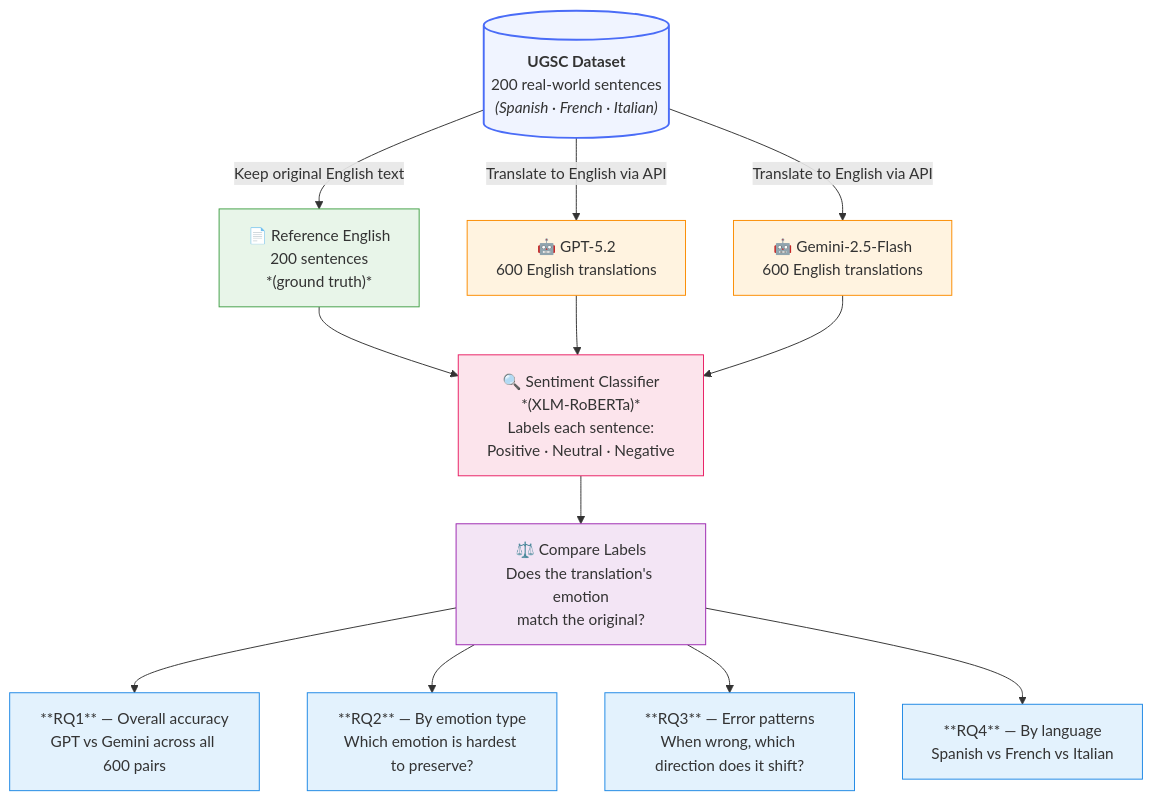
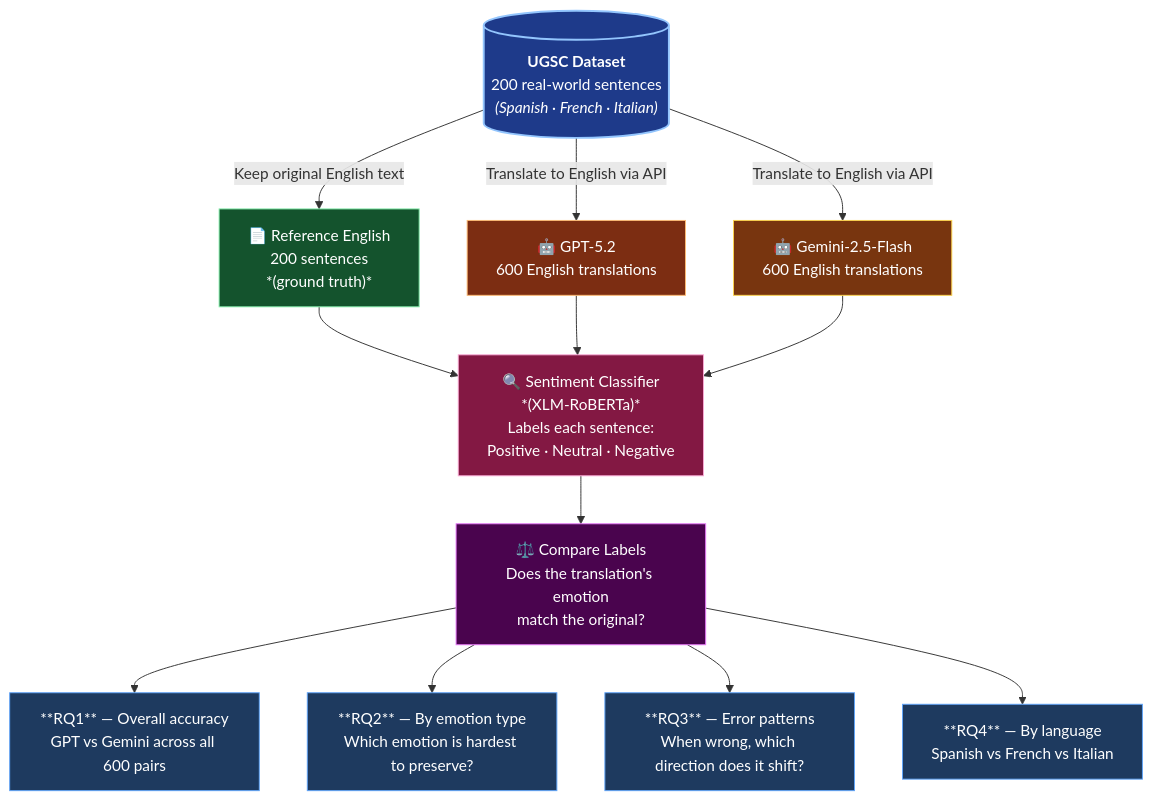
The diagram in README.md (dApY3112/Sentiment-Comparison), drawn with Mermaid before and after one commit.

Commit message:
Adjust README.md

````diff
--- a/README.md
+++ b/README.md
@@ -25,34 +25,34 @@
 ```mermaid
 flowchart TD
     DS[("`**UGSC Dataset**
     200 real-world sentences
     *(Spanish · French · Italian)*`")]
 
     DS -->|"Keep original English text"| REF["📄 Reference English<br/>200 sentences<br/>*(ground truth)*"]
 
     DS -->|"Translate to English via API"| GPT["🤖 GPT-5.2<br/>600 English translations"]
 
     DS -->|"Translate to English via API"| GEM["🤖 Gemini-2.5-Flash<br/>600 English translations"]
 
     REF --> CLF["🔍 Sentiment Classifier<br/>*(XLM-RoBERTa)*<br/>Labels each sentence:<br/>Positive · Neutral · Negative"]
     GPT --> CLF
     GEM --> CLF
 
     CLF --> CMP["⚖️ Compare Labels<br/>Does the translation's emotion<br/>match the original?"]
 
     CMP --> RQ1["**RQ1** — Overall accuracy<br/>GPT vs Gemini across all 600 pairs"]
     CMP --> RQ2["**RQ2** — By emotion type<br/>Which emotion is hardest to preserve?"]
     CMP --> RQ3["**RQ3** — Error patterns<br/>When wrong, which direction does it shift?"]
     CMP --> RQ4["**RQ4** — By language<br/>Spanish vs French vs Italian"]
 
-    style DS fill:#f0f4ff,stroke:#4a6cf7,stroke-width:2px
-    style REF fill:#e8f5e9,stroke:#43a047
-    style GPT fill:#fff3e0,stroke:#fb8c00
-    style GEM fill:#fff3e0,stroke:#fb8c00
-    style CLF fill:#fce4ec,stroke:#e91e63
-    style CMP fill:#f3e5f5,stroke:#9c27b0
-    style RQ1 fill:#e3f2fd,stroke:#1e88e5
-    style RQ2 fill:#e3f2fd,stroke:#1e88e5
-    style RQ3 fill:#e3f2fd,stroke:#1e88e5
-    style RQ4 fill:#e3f2fd,stroke:#1e88e5
+    style DS fill:#1e3a8a,stroke:#93c5fd,stroke-width:2px,color:#ffffff
+    style REF fill:#14532d,stroke:#86efac,color:#ffffff
+    style GPT fill:#7c2d12,stroke:#fdba74,color:#ffffff
+    style GEM fill:#78350f,stroke:#fcd34d,color:#ffffff
+    style CLF fill:#831843,stroke:#f9a8d4,color:#ffffff
+    style CMP fill:#4a044e,stroke:#e879f9,color:#ffffff
+    style RQ1 fill:#1e3a5f,stroke:#60a5fa,color:#ffffff
+    style RQ2 fill:#1e3a5f,stroke:#60a5fa,color:#ffffff
+    style RQ3 fill:#1e3a5f,stroke:#60a5fa,color:#ffffff
+    style RQ4 fill:#1e3a5f,stroke:#60a5fa,color:#ffffff
 ```
````
